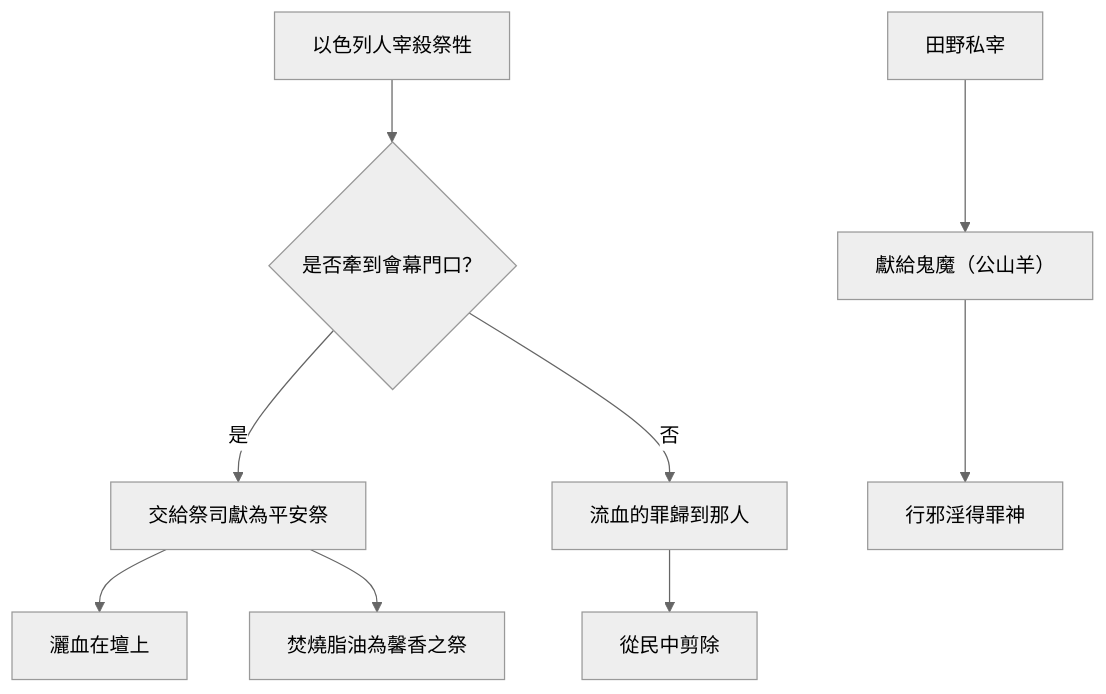
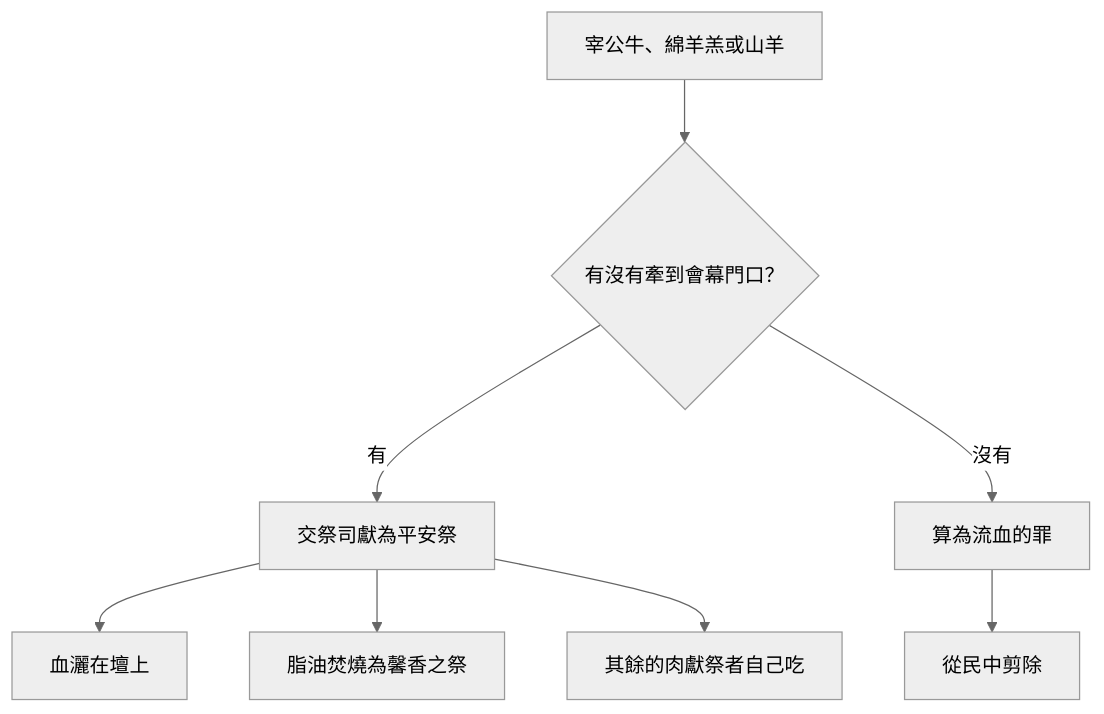
Before and after one commit to andyjr5566/Bible_wiki_zh: the diagram in 03 利未記/第17章.md, drawn with Mermaid (neutral theme). The commit also changed other lines of this file and 22 other files, not shown here.

````diff
--- a/03 利未記/第17章.md
+++ b/03 利未記/第17章.md
@@ -61,11 +85,10 @@
 ```mermaid
 flowchart TD
-  A["以色列人宰殺祭牲"] --> B{"是否牽到會幕門口？"}
-  B -- 是 --> C["交給祭司獻為平安祭"]
-  C --> D["灑血在壇上"]
-  C --> E["焚燒脂油為馨香之祭"]
-  B -- 否 --> F["流血的罪歸到那人"]
-  F --> G["從民中剪除"]
-  H["田野私宰"] --> I["獻給鬼魔（公山羊）"]
-  I --> J["行邪淫得罪神"]
+  A["宰公牛、綿羊羔或山羊"] --> B{"有沒有牽到會幕門口？"}
+  B -- 有 --> C["交祭司獻為平安祭"]
+  C --> D["血灑在壇上"]
+  C --> E["脂油焚燒為馨香之祭"]
+  C --> F["其餘的肉獻祭者自己吃"]
+  B -- 沒有 --> G["算為流血的罪"]
+  G --> H["從民中剪除"]
 ```
````
